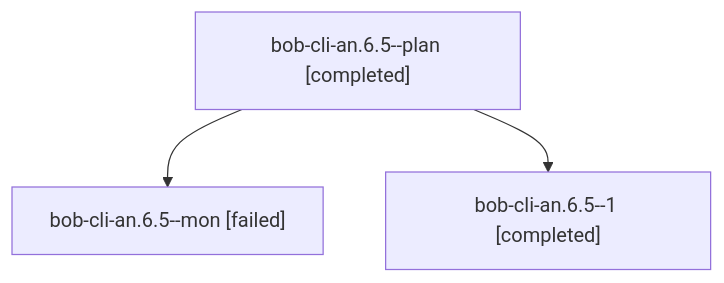
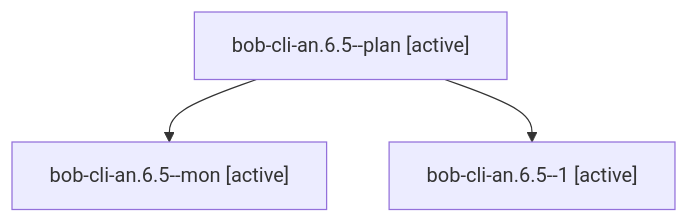
Before and after one commit to bobs-org/bob-cli--agents: the diagram in sessions/bbugyi200.athena.bob-cli-an.6.5.md, drawn with Mermaid. The commit also changed other lines of this file and 122 other files, not shown here.

````diff
--- a/sessions/bbugyi200.athena.bob-cli-an.6.5.md
+++ b/sessions/bbugyi200.athena.bob-cli-an.6.5.md
@@ -9,8 +9,8 @@
 ```mermaid
 flowchart TD
-  n0["bob-cli-an.6.5--plan [completed]"]
-  n1["bob-cli-an.6.5--mon [failed]"]
+  n0["bob-cli-an.6.5--plan [active]"]
+  n1["bob-cli-an.6.5--mon [active]"]
   n0 --> n1
-  n2["bob-cli-an.6.5--1 [completed]"]
+  n2["bob-cli-an.6.5--1 [active]"]
   n0 --> n2
 ```
````
